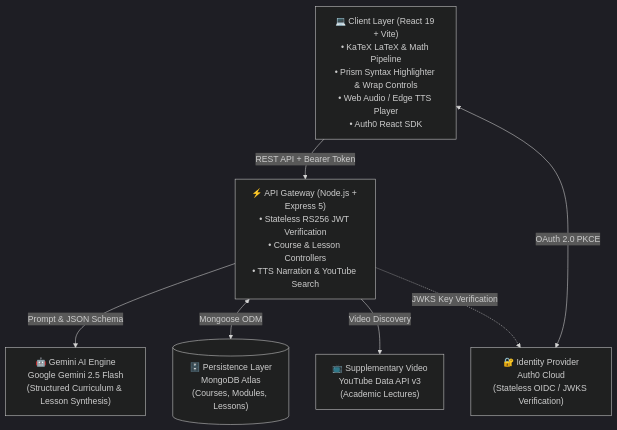
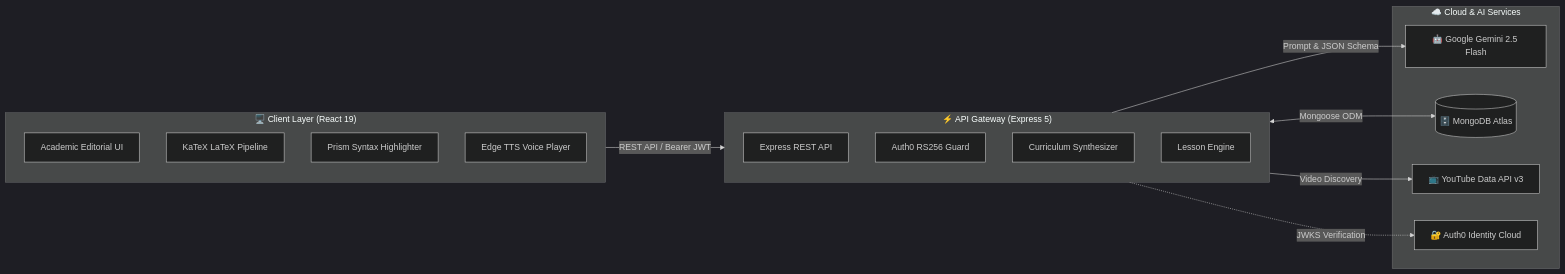
The first of 5 diagrams in docs/ARCHITECTURE.md (someshsinha/Socratic-AI), drawn with Mermaid before and after one commit. The commit also changed 1 other file, not shown here.

Commit message:
readme updates

````diff
--- a/docs/ARCHITECTURE.md
+++ b/docs/ARCHITECTURE.md
@@ -11,19 +11,30 @@
 ```mermaid
 %%{init: {'theme': 'dark'}}%%
-flowchart TD
-    Client["💻 Client Layer (React 19 + Vite)\n• KaTeX LaTeX & Math Pipeline\n• Prism Syntax Highlighter & Wrap Controls\n• Web Audio / Edge TTS Player\n• Auth0 React SDK"]
-    
-    API["⚡ API Gateway (Node.js + Express 5)\n• Stateless RS256 JWT Verification\n• Course & Lesson Controllers\n• TTS Narration & YouTube Search"]
+flowchart LR
+    subgraph Client ["🖥️ Client Layer (React 19)"]
+        A["Academic Editorial UI"]
+        B["KaTeX LaTeX Pipeline"]
+        C["Prism Syntax Highlighter"]
+        D["Edge TTS Voice Player"]
+    end
 
-    AI["🤖 Gemini AI Engine\nGoogle Gemini 2.5 Flash\n(Structured Curriculum & Lesson Synthesis)"]
-    DB[("🗄️ Persistence Layer\nMongoDB Atlas\n(Courses, Modules, Lessons)")]
-    YT["📺 Supplementary Video\nYouTube Data API v3\n(Academic Lectures)"]
-    Auth["🔐 Identity Provider\nAuth0 Cloud\n(Stateless OIDC / JWKS Verification)"]
+    subgraph API ["⚡ API Gateway (Express 5)"]
+        E["Express REST API"]
+        F["Auth0 RS256 Guard"]
+        G["Curriculum Synthesizer"]
+        H["Lesson Engine"]
+    end
 
-    Client -->|REST API + Bearer Token| API
-    Client <-->|OAuth 2.0 PKCE| Auth
-    API -->|Prompt & JSON Schema| AI
-    API <-->|Mongoose ODM| DB
-    API -->|Video Discovery| YT
-    API -.->|JWKS Key Verification| Auth
+    subgraph Cloud ["☁️ Cloud & AI Services"]
+        I["🤖 Google Gemini 2.5 Flash"]
+        J[("🗄️ MongoDB Atlas")]
+        K["📺 YouTube Data API v3"]
+        L["🔐 Auth0 Identity Cloud"]
+    end
+
+    Client -->|REST API / Bearer JWT| API
+    API -->|Prompt & JSON Schema| I
+    API <-->|Mongoose ODM| J
+    API -->|Video Discovery| K
+    API -.->|JWKS Verification| L
 ```
````
